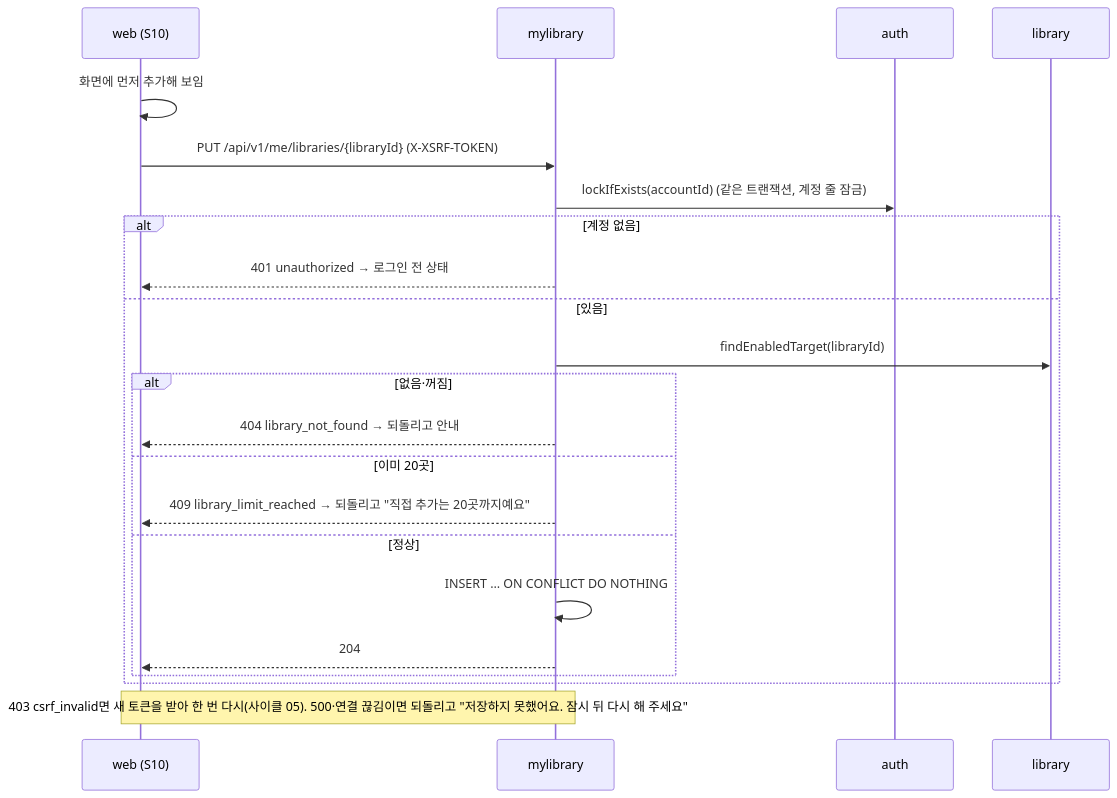
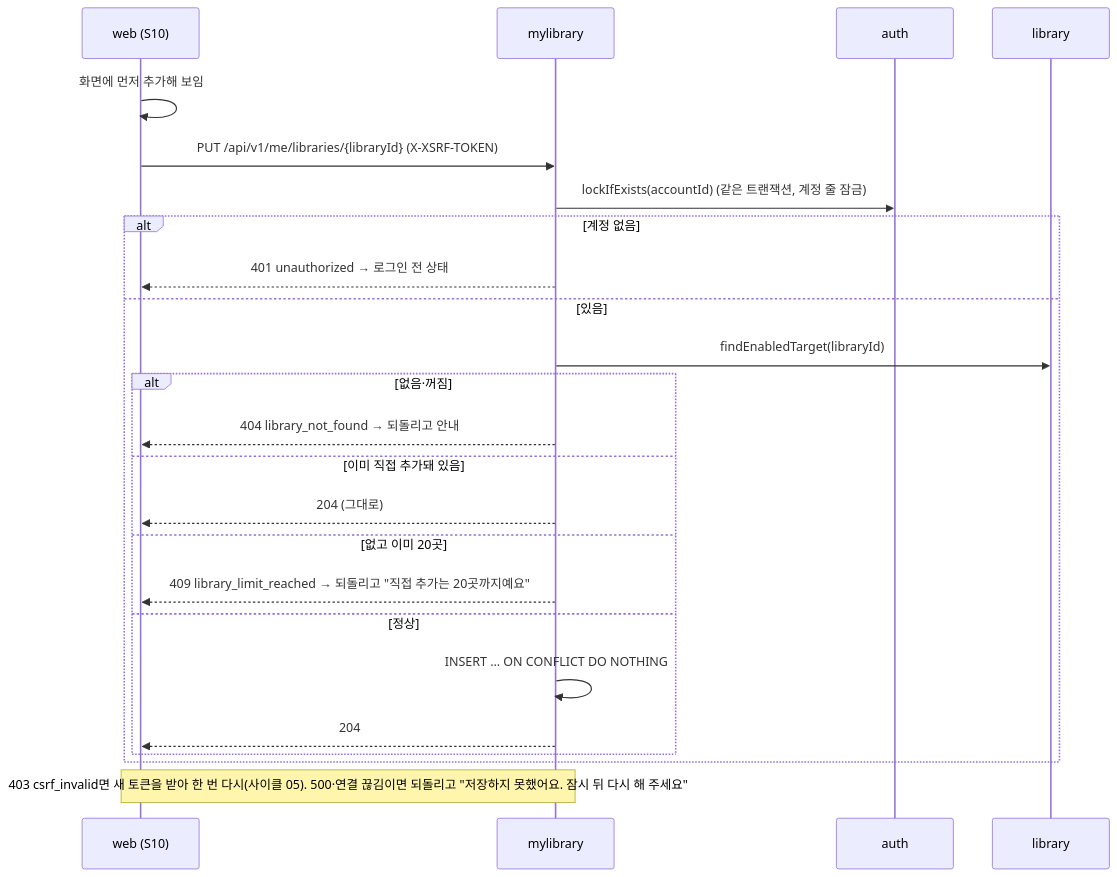
One commit to hodu-sketch/chaekcheck-plan changed the third of 6 diagrams in docs/cycles/06-my-libraries/design-delta.md. Above: the diagram before and after it, drawn with Mermaid. The commit also changed other lines of this file and 19 other files, not shown here.

````diff
--- a/docs/cycles/06-my-libraries/design-delta.md
+++ b/docs/cycles/06-my-libraries/design-delta.md
@@ -73,24 +74,26 @@
 ```mermaid
 sequenceDiagram
   participant W as web (S10)
   participant M as mylibrary
   participant A as auth
   participant L as library
   W->>W: 화면에 먼저 추가해 보임
   W->>M: PUT /api/v1/me/libraries/{libraryId} (X-XSRF-TOKEN)
   M->>A: lockIfExists(accountId) (같은 트랜잭션, 계정 줄 잠금)
   alt 계정 없음
     M-->>W: 401 unauthorized → 로그인 전 상태
   else 있음
     M->>L: findEnabledTarget(libraryId)
     alt 없음·꺼짐
       M-->>W: 404 library_not_found → 되돌리고 안내
-    else 이미 20곳
+    else 이미 직접 추가돼 있음
+      M-->>W: 204 (그대로)
+    else 없고 이미 20곳
       M-->>W: 409 library_limit_reached → 되돌리고 "직접 추가는 20곳까지예요"
     else 정상
       M->>M: INSERT … ON CONFLICT DO NOTHING
       M-->>W: 204
     end
   end
   Note over W,M: 403 csrf_invalid면 새 토큰을 받아 한 번 다시(사이클 05). 500·연결 끊김이면 되돌리고 "저장하지 못했어요. 잠시 뒤 다시 해 주세요"
 ```
````
